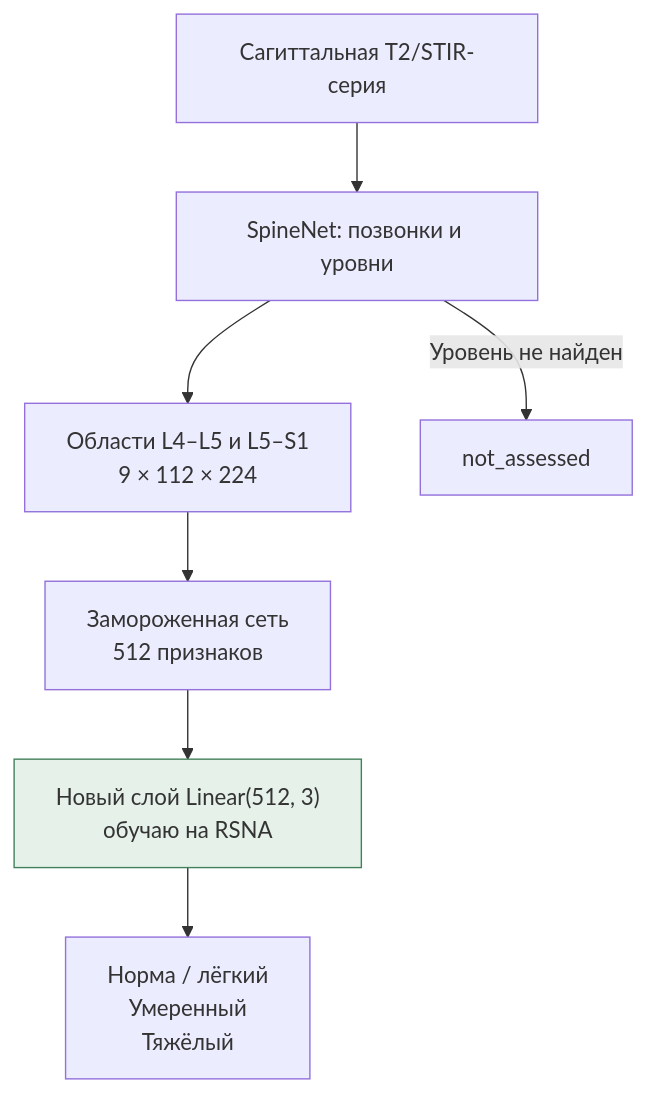
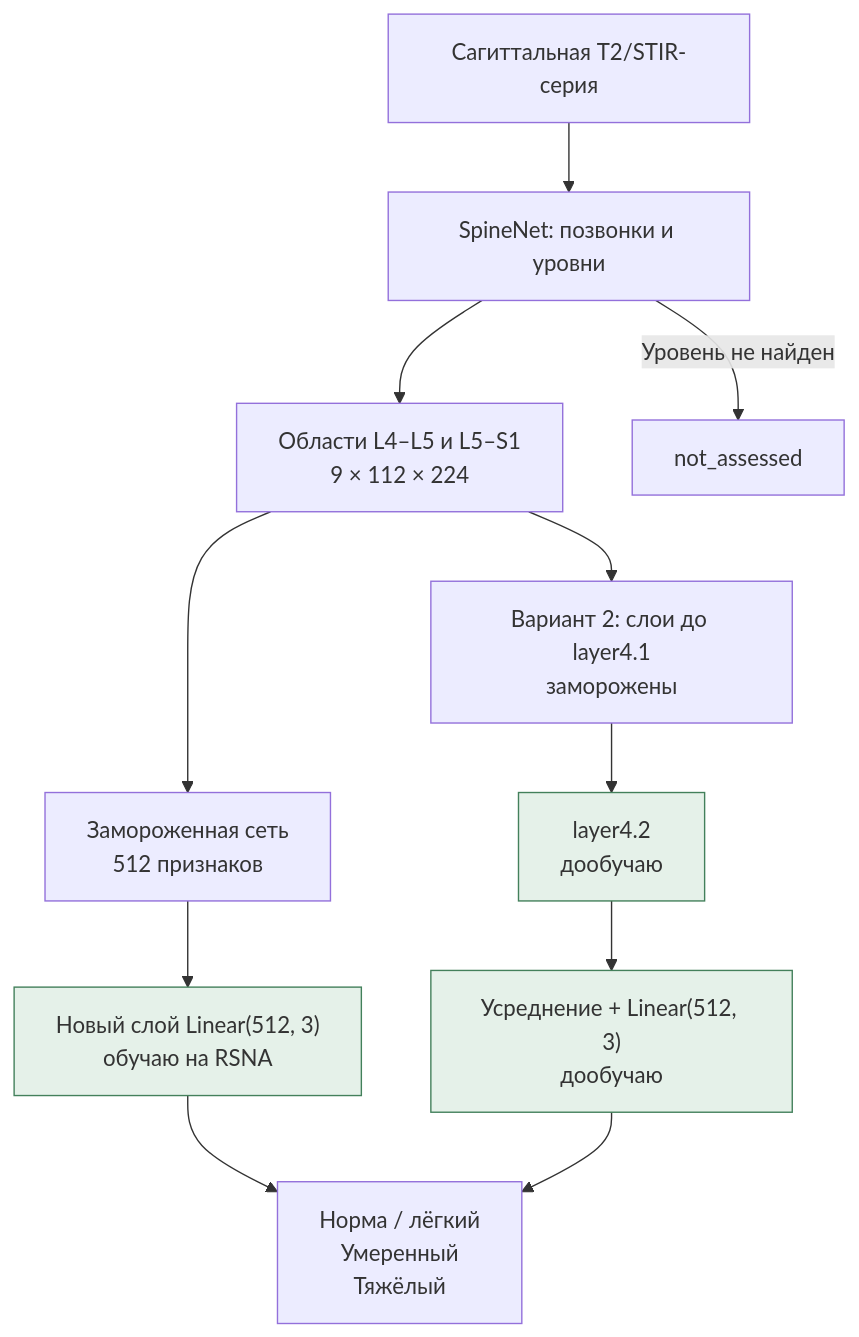
Before and after one commit to Ja1rman/ai-spine-med: the diagram in README.md, drawn with Mermaid. The commit also changed other lines of this file and 10 other files, not shown here.

````diff
--- a/README.md
+++ b/README.md
@@ -11,10 +13,16 @@
 ```mermaid
 flowchart TB
     MRI["Сагиттальная T2/STIR-серия"] --> Locate["SpineNet: позвонки и уровни"]
     Locate --> ROI["Области L4–L5 и L5–S1<br/>9 × 112 × 224"]
     ROI --> Encoder["Замороженная сеть<br/>512 признаков"]
     Encoder --> Head["Новый слой Linear(512, 3)<br/>обучаю на RSNA"]
     Head --> Grade["Норма / лёгкий<br/>Умеренный<br/>Тяжёлый"]
+    ROI --> Prefix["Вариант 2: слои до layer4.1<br/>заморожены"]
+    Prefix --> Block["layer4.2<br/>дообучаю"]
+    Block --> Head2["Усреднение + Linear(512, 3)<br/>дообучаю"]
+    Head2 --> Grade
     Locate -->|"Уровень не найден"| Missing["not_assessed"]
     style Head fill:#e5f1e9,stroke:#43805b
+    style Block fill:#e5f1e9,stroke:#43805b
+    style Head2 fill:#e5f1e9,stroke:#43805b
 ```
````
